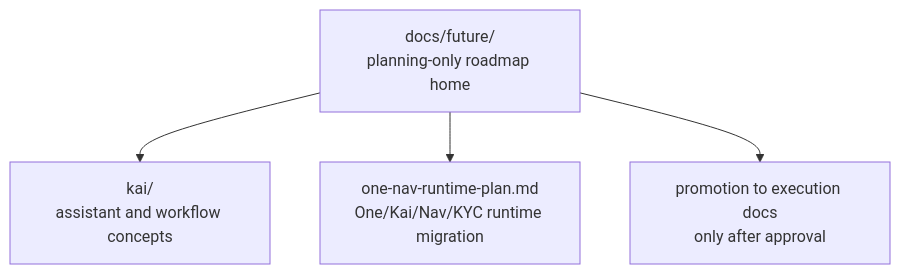
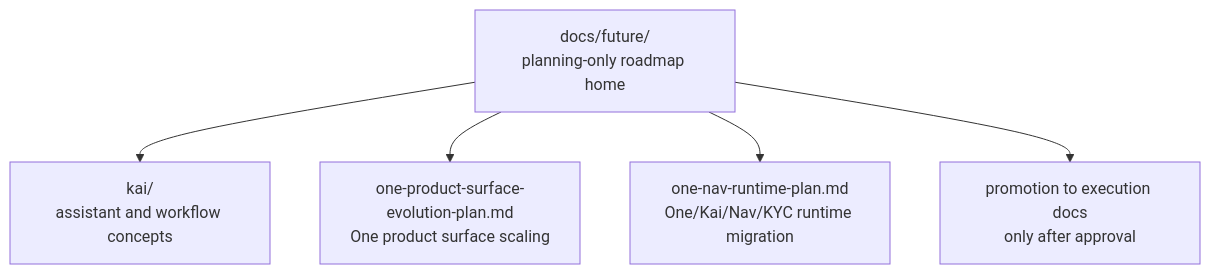
One commit to hushh-labs/hushh-research changed the diagram in docs/future/README.md. Above: the diagram before and after it, drawn with Mermaid. The commit also changed other lines of this file and 26 other files, not shown here.

Commit message:
chore(governance): align docs with One product canon

````diff
--- a/docs/future/README.md
+++ b/docs/future/README.md
@@ -7,11 +7,13 @@
 ```mermaid
 flowchart TD
   root["docs/future/<br/>planning-only roadmap home"]
   kai["kai/<br/>assistant and workflow concepts"]
+  oneSurface["one-product-surface-evolution-plan.md<br/>One product surface scaling"]
   oneNav["one-nav-runtime-plan.md<br/>One/Kai/Nav/KYC runtime migration"]
   execution["promotion to execution docs<br/>only after approval"]
 
   root --> kai
+  root --> oneSurface
   root --> oneNav
   root --> execution
 ```
````
